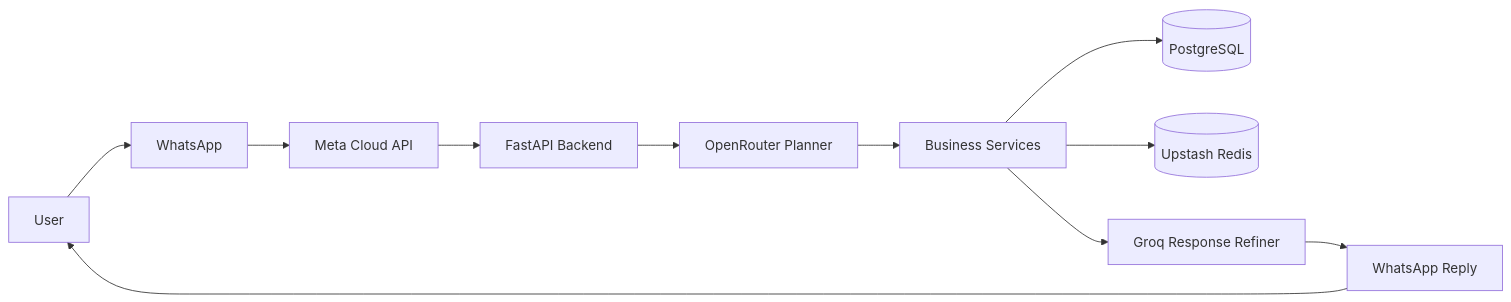
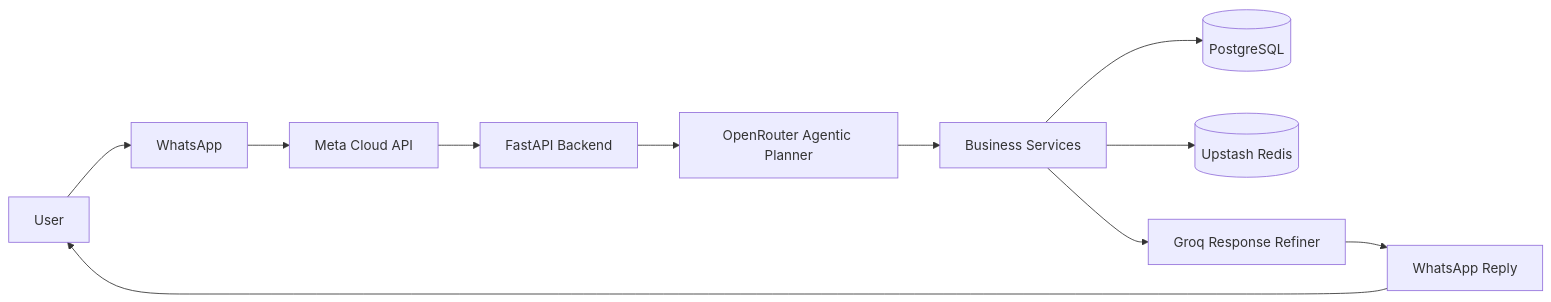
One commit to priyanshuraj20/VyaparAi changed the first of 3 diagrams in README.md. Above: the diagram before and after it, drawn with Mermaid. The commit also changed other lines of this file, not shown here.

Commit message:
Highlight Agentic AI features in README and documentation

````diff
--- a/README.md
+++ b/README.md
@@ -95,14 +96,14 @@
 ```mermaid
 flowchart LR
 
 A[User] --> B[WhatsApp]
 B --> C[Meta Cloud API]
 C --> D[FastAPI Backend]
-D --> E[OpenRouter Planner]
+D --> E[OpenRouter Agentic Planner]
 E --> F[Business Services]
 F --> G[(PostgreSQL)]
 F --> H[(Upstash Redis)]
 F --> I[Groq Response Refiner]
 I --> J[WhatsApp Reply]
 J --> A
 ```
````
